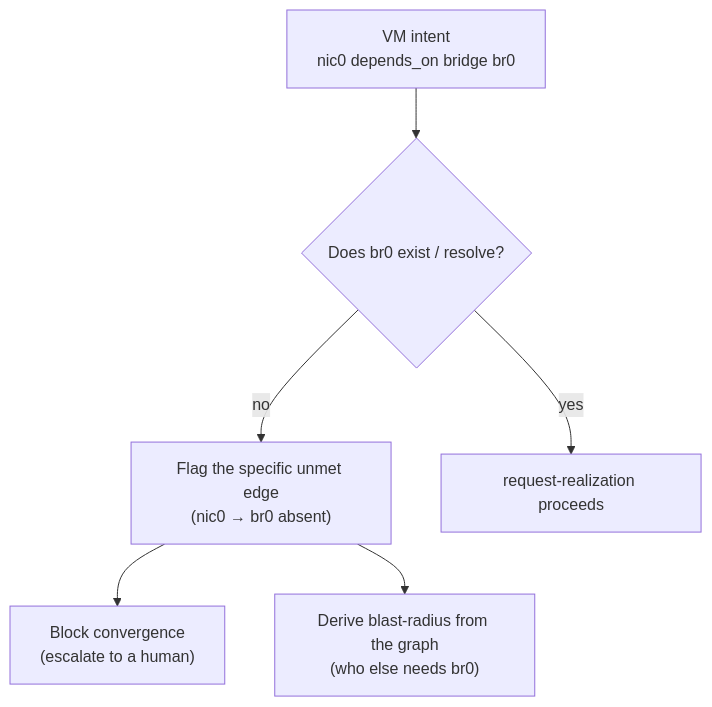
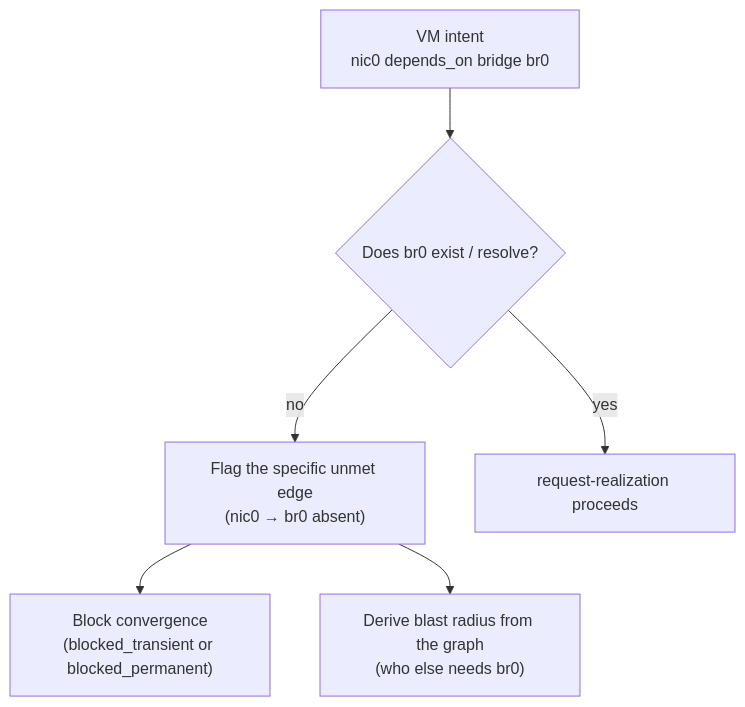
Before and after one commit to croadfeldt/udlm: the diagram in docs/flows/uc-09-dependency-failure-impact.md, drawn with Mermaid. The commit also changed other lines of this file and 22 other files, not shown here.

````diff
--- a/docs/flows/uc-09-dependency-failure-impact.md
+++ b/docs/flows/uc-09-dependency-failure-impact.md
@@ -17,8 +17,8 @@
 ```mermaid
 flowchart TD
   V["VM intent<br/>nic0 depends_on bridge br0"] --> C{"Does br0 exist / resolve?"}
   C -- "no" --> F["Flag the specific unmet edge<br/>(nic0 → br0 absent)"]
-  F --> B["Block convergence<br/>(escalate to a human)"]
-  F --> I["Derive blast-radius from the graph<br/>(who else needs br0)"]
+  F --> B["Block convergence<br/>(blocked_transient or blocked_permanent)"]
+  F --> I["Derive blast radius from the graph<br/>(who else needs br0)"]
   C -- "yes" --> RR["request-realization proceeds"]
 ```
````
